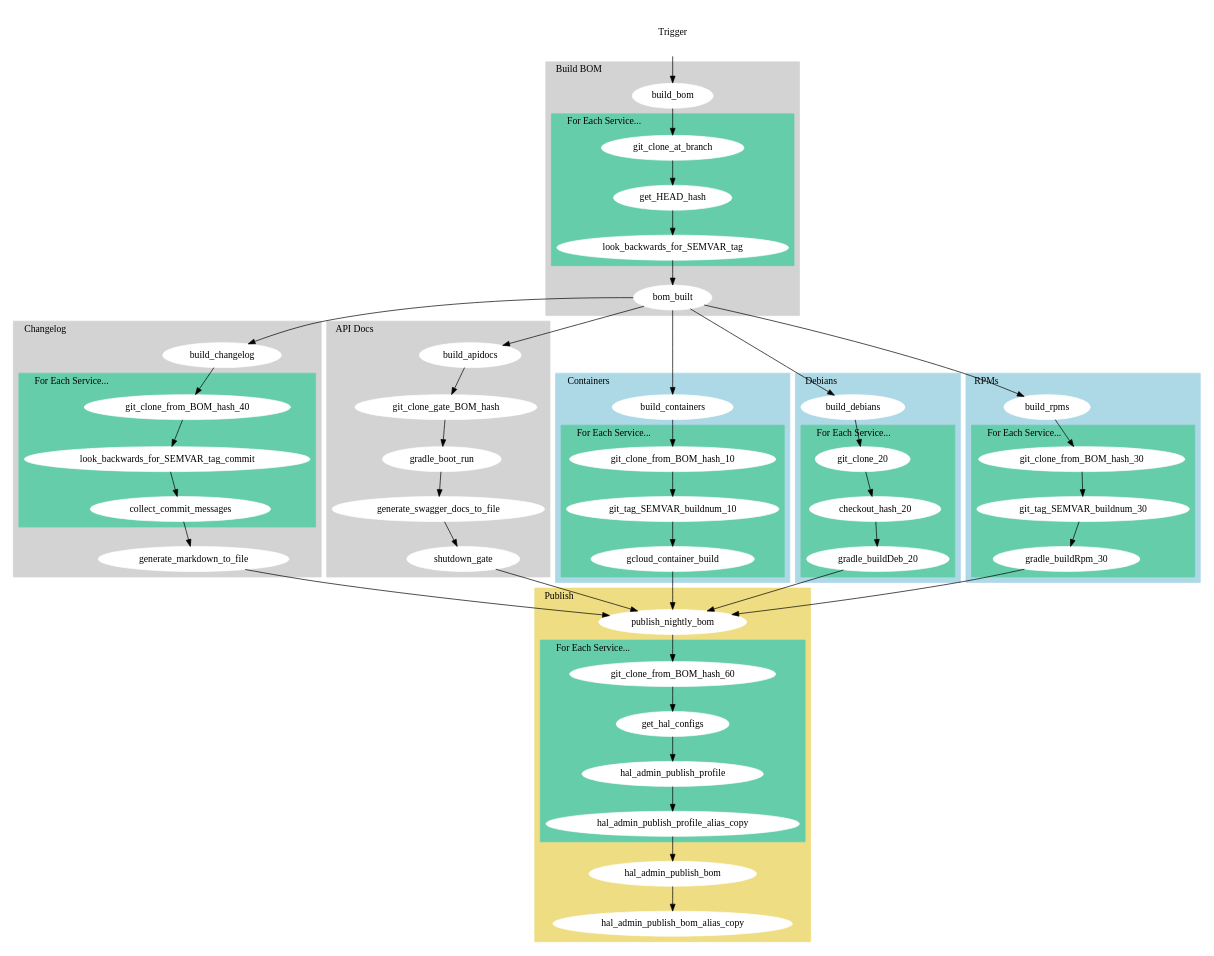
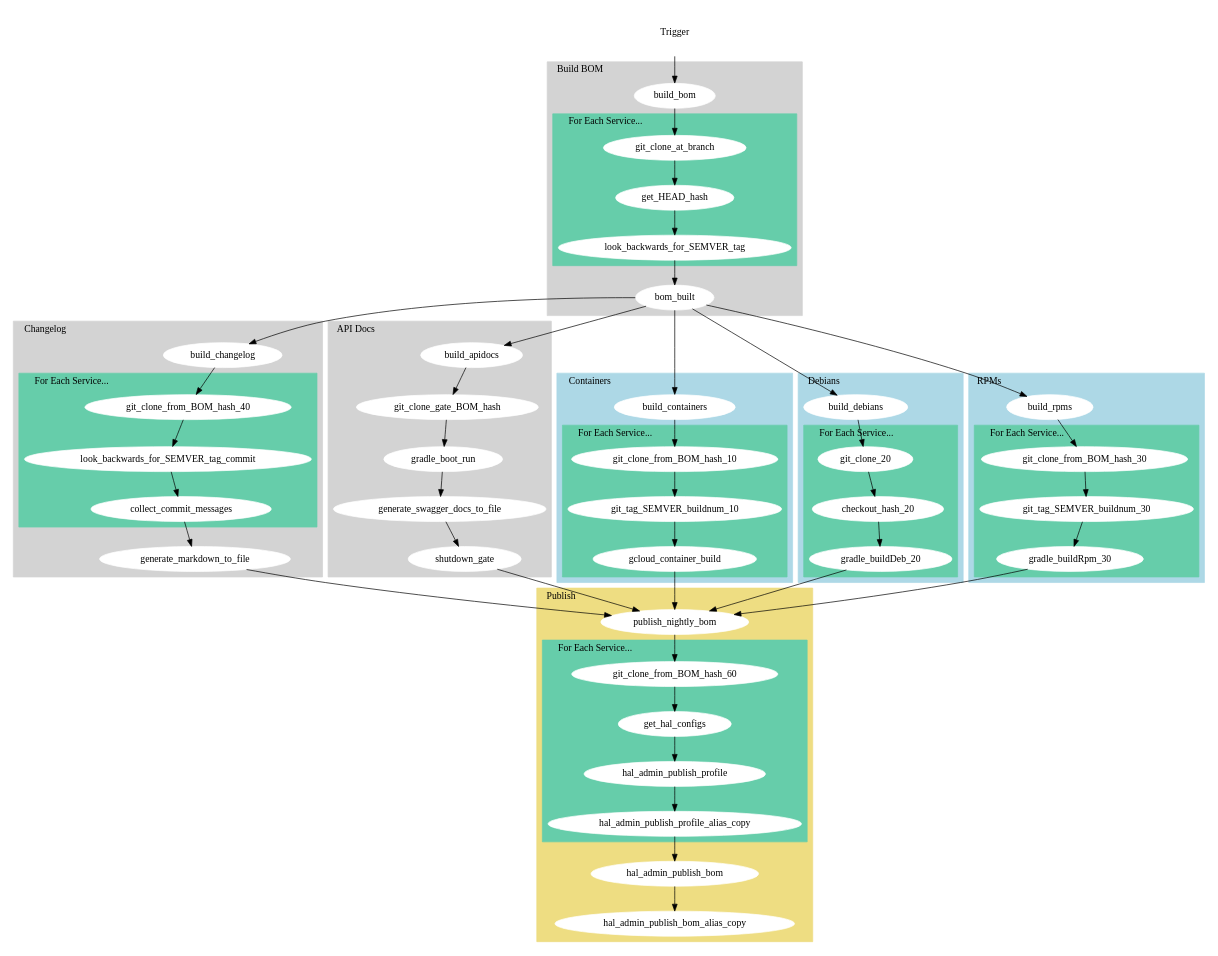
Before and after one commit to spinnaker/spinnaker: the diagram in dev/build_and_publish.dot, drawn with Graphviz.

```diff
--- a/dev/build_and_publish.dot
+++ b/dev/build_and_publish.dot
@@ -1,127 +1,127 @@
 # http://viz-js.com/
 #
 # Regen locally with `dot -O -Tpng dev/build_and_publish.dot`
 
 digraph Flow_Build {
     labeljust=l
 	style=filled;
 	color=lightgrey;
     node [style=filled,color=white];
 
     Trigger [shape=Msquare];
     Trigger -> build_bom
     bom_built -> build_containers
     bom_built -> build_debians
     bom_built -> build_rpms
     bom_built -> build_changelog
     bom_built -> build_apidocs
 
     subgraph cluster_0 {
         label = "Build BOM"
 
         build_bom -> git_clone_at_branch;
 
         subgraph cluster_1 {
 		    label = "For Each Service..."
 		    style=filled;
 		    color=aquamarine3;
 
     		git_clone_at_branch -> get_HEAD_hash;
-    		get_HEAD_hash -> look_backwards_for_SEMVAR_tag;
+    		get_HEAD_hash -> look_backwards_for_SEMVER_tag;
 		}
-		look_backwards_for_SEMVAR_tag -> bom_built
+		look_backwards_for_SEMVER_tag -> bom_built
     }
 
 	subgraph cluster_10 {
 		label = "Containers";
 		color=lightblue;
 
 		build_containers -> git_clone_from_BOM_hash_10;
 		subgraph cluster_11 {
 		    label = "For Each Service..."
 		    color=aquamarine3
 
-    		git_clone_from_BOM_hash_10 -> git_tag_SEMVAR_buildnum_10;
-    		git_tag_SEMVAR_buildnum_10 -> gcloud_container_build
+    		git_clone_from_BOM_hash_10 -> git_tag_SEMVER_buildnum_10;
+    		git_tag_SEMVER_buildnum_10 -> gcloud_container_build
 		}
 	}
 	gcloud_container_build -> publish_nightly_bom;
 
 	subgraph cluster_20 {
 		label = "Debians";
 		color=lightblue;
 
 		build_debians ->  git_clone_20;
 		subgraph cluster_21 {
 		    label = "For Each Service..."
 		    color=aquamarine3
 
     		git_clone_20 -> checkout_hash_20;
     		// delete tags
     		checkout_hash_20 -> gradle_buildDeb_20;
 		}
 	}
 	gradle_buildDeb_20 -> publish_nightly_bom;
 
 	subgraph cluster_30 {
 		label = "RPMs";
 		color=lightblue;
 
 		build_rpms -> git_clone_from_BOM_hash_30;
 		subgraph cluster_31 {
 		    label = "For Each Service..."
 		    color=aquamarine3
 
-    		git_clone_from_BOM_hash_30 -> git_tag_SEMVAR_buildnum_30;
+    		git_clone_from_BOM_hash_30 -> git_tag_SEMVER_buildnum_30;
     		// delete tags
-    		git_tag_SEMVAR_buildnum_30 -> gradle_buildRpm_30;
+    		git_tag_SEMVER_buildnum_30 -> gradle_buildRpm_30;
 
 		}
 	}
 	gradle_buildRpm_30 -> publish_nightly_bom;
 
 	subgraph cluster_40 {
 		label = "Changelog";
 
 		build_changelog -> git_clone_from_BOM_hash_40;
 		subgraph cluster_41 {
 		    label = "For Each Service..."
 		    color=aquamarine3
 
-    		git_clone_from_BOM_hash_40 -> look_backwards_for_SEMVAR_tag_commit;
-    		look_backwards_for_SEMVAR_tag_commit -> collect_commit_messages;
+    		git_clone_from_BOM_hash_40 -> look_backwards_for_SEMVER_tag_commit;
+    		look_backwards_for_SEMVER_tag_commit -> collect_commit_messages;
 
 		}
 		collect_commit_messages -> generate_markdown_to_file;
 	}
 	generate_markdown_to_file -> publish_nightly_bom;
 
 	subgraph cluster_50 {
 		label = "API Docs";
 
 		build_apidocs -> git_clone_gate_BOM_hash;
 		git_clone_gate_BOM_hash -> gradle_boot_run;
 		gradle_boot_run -> generate_swagger_docs_to_file;
 		generate_swagger_docs_to_file -> shutdown_gate;
 	}
 	shutdown_gate -> publish_nightly_bom;
 
 	subgraph cluster_60 {
 		label = "Publish";
 		color=lightgoldenrod
 
 		publish_nightly_bom -> git_clone_from_BOM_hash_60;
 
         subgraph cluster_61 {git_clone_from_BOM_hash_60
             label = "For Each Service..."
 	        color=aquamarine3
 
 	        git_clone_from_BOM_hash_60 -> get_hal_configs;
 	        get_hal_configs -> hal_admin_publish_profile;
 	        hal_admin_publish_profile -> hal_admin_publish_profile_alias_copy;
         }
 
         hal_admin_publish_profile_alias_copy -> hal_admin_publish_bom
         hal_admin_publish_bom -> hal_admin_publish_bom_alias_copy;
 	}
 }
```
